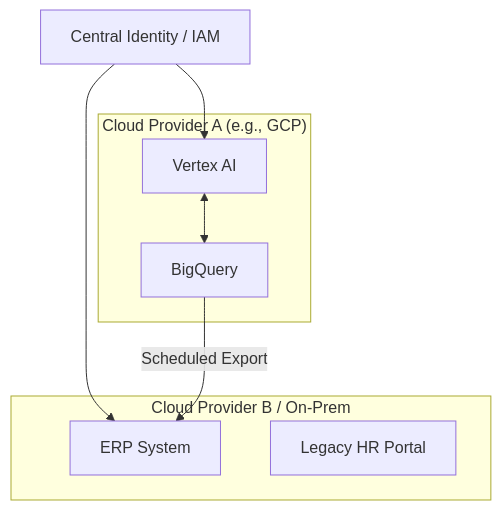
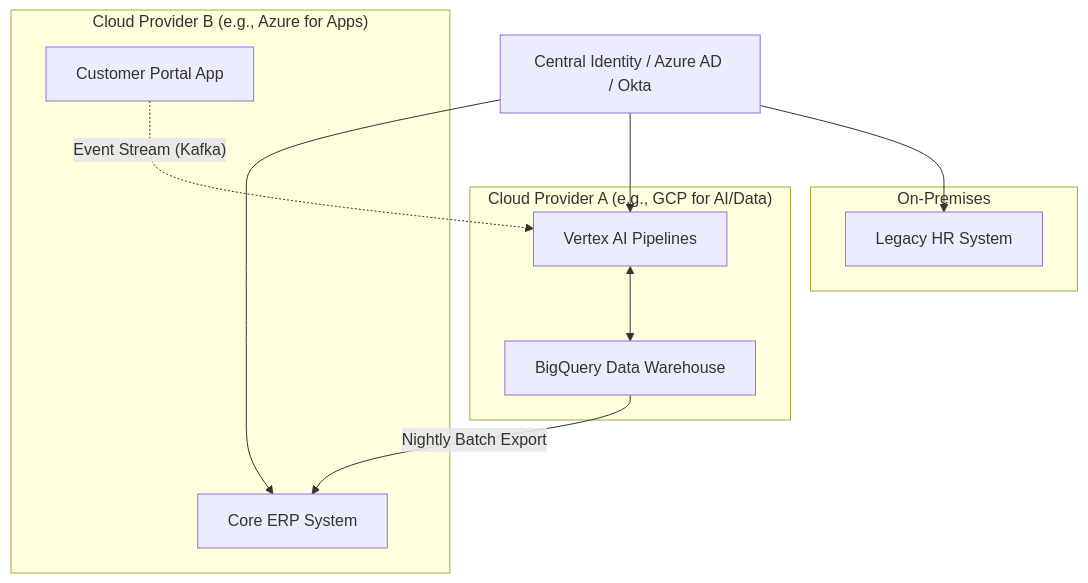
Before and after one commit to marcjazz/gis-udm: the second of 3 diagrams in docs/cloud/hybrid_cloud/session2_architectures_and_models.md, drawn with Mermaid. The commit also changed other lines of this file and 3 other files, not shown here.

````diff
--- a/docs/cloud/hybrid_cloud/session2_architectures_and_models.md
+++ b/docs/cloud/hybrid_cloud/session2_architectures_and_models.md
@@ -53,17 +78,24 @@
 ```mermaid
 graph TB
-    subgraph "Cloud Provider A (e.g., GCP)"
-        A1[Vertex AI]
-        A2[BigQuery]
+    subgraph "Cloud Provider A (e.g., GCP for AI/Data)"
+        A1[Vertex AI Pipelines]
+        A2[BigQuery Data Warehouse]
         A1 <--> A2
     end
 
-    subgraph "Cloud Provider B / On-Prem"
-        B1[ERP System]
-        B2[Legacy HR Portal]
+    subgraph "Cloud Provider B (e.g., Azure for Apps)"
+        B1[Core ERP System]
+        B2[Customer Portal App]
     end
 
-    C[Central Identity / IAM] --> A1
+    subgraph "On-Premises"
+        OP1[Legacy HR System]
+    end
+
+    C[Central Identity / Azure AD / Okta] --> A1
     C --> B1
-    A2 -- "Scheduled Export" --> B1
+    C --> OP1
+
+    A2 -- "Nightly Batch Export" --> B1
+    B2 -. "Event Stream (Kafka)" .-> A1
 ```
````
